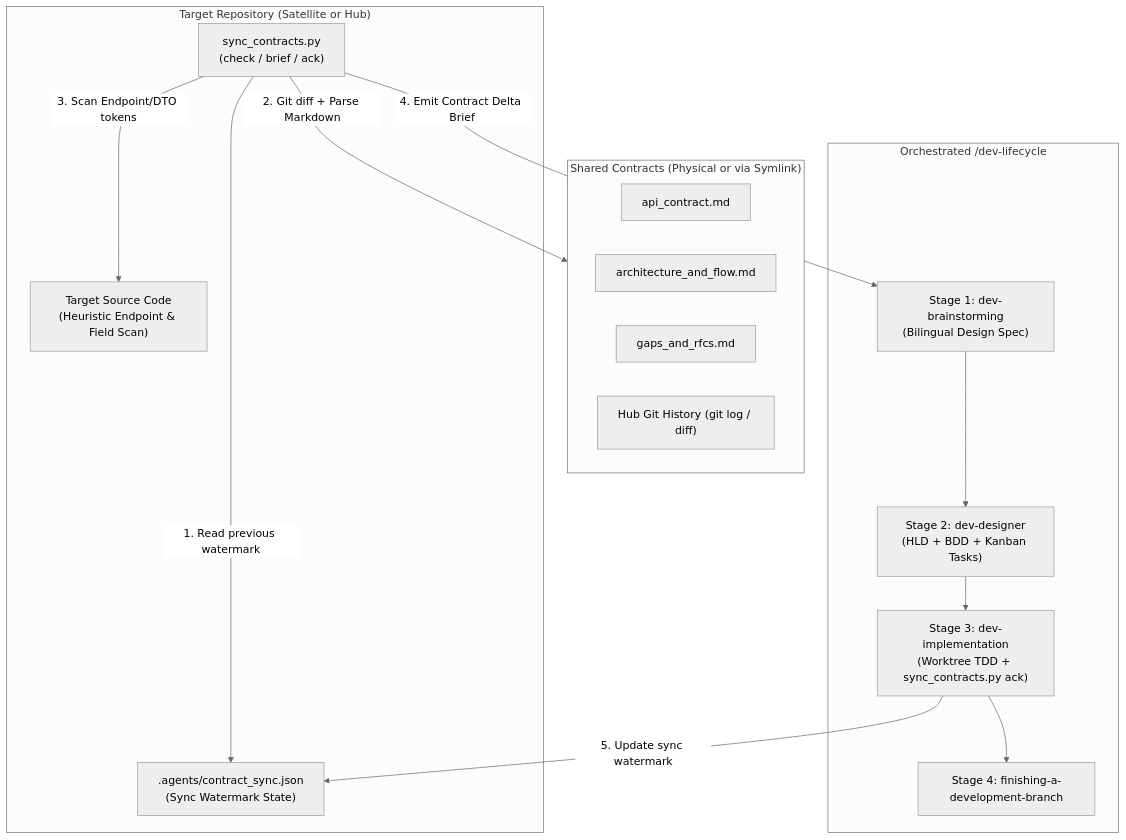
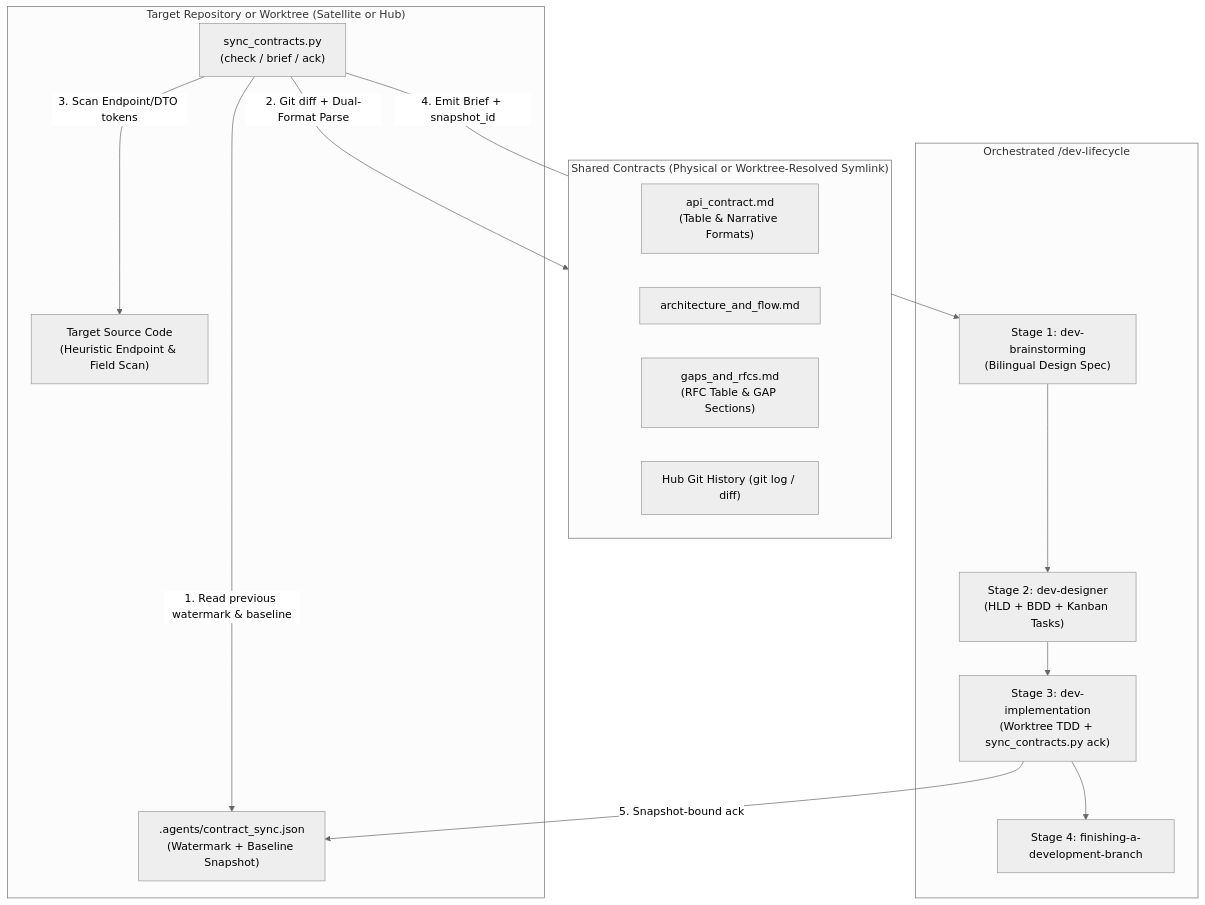
One commit to DanhDue/ai-agent-tools changed the diagram in .devtool/epic/sync_shared_contracts/2026-10-30-sync-shared-contracts-design.en.md. Above: the diagram before and after it, drawn with Mermaid (neutral theme). The commit also changed other lines of this file and 13 other files, not shown here.

First line of the commit message:
[SYNC_SHARED_CONTRACTS] Revise epic after Principal Review round 1

````diff
--- a/.devtool/epic/sync_shared_contracts/2026-10-30-sync-shared-contracts-design.en.md
+++ b/.devtool/epic/sync_shared_contracts/2026-10-30-sync-shared-contracts-design.en.md
@@ -62,29 +63,29 @@
 ```mermaid
 flowchart TD
-    subgraph TARGET ["Target Repository (Satellite or Hub)"]
+    subgraph TARGET ["Target Repository or Worktree (Satellite or Hub)"]
         CLI["sync_contracts.py<br/>(check / brief / ack)"]
-        STATE[".agents/contract_sync.json<br/>(Sync Watermark State)"]
-        SRC["Target Source Code<br/>(Heuristic Endpoint & Field Scan)"]
+        STATE[".agents/contract_sync.json<br/>(Watermark + Baseline Snapshot)"]
+        SCAN["Target Source Code<br/>(Heuristic Endpoint & Field Scan)"]
     end
 
-    subgraph CONTRACT ["Shared Contracts (Physical or via Symlink)"]
-        API["api_contract.md"]
+    subgraph CONTRACT ["Shared Contracts (Physical or Worktree-Resolved Symlink)"]
+        API["api_contract.md<br/>(Table & Narrative Formats)"]
         ARCH["architecture_and_flow.md"]
-        RFC["gaps_and_rfcs.md"]
+        RFC["gaps_and_rfcs.md<br/>(RFC Table & GAP Sections)"]
         GIT["Hub Git History (git log / diff)"]
     end
 
     subgraph LIFECYCLE ["Orchestrated /dev-lifecycle"]
         S1["Stage 1: dev-brainstorming<br/>(Bilingual Design Spec)"]
         S2["Stage 2: dev-designer<br/>(HLD + BDD + Kanban Tasks)"]
         S3["Stage 3: dev-implementation<br/>(Worktree TDD + sync_contracts.py ack)"]
         S4["Stage 4: finishing-a-development-branch"]
     end
 
-    CLI -->|"1. Read previous watermark"| STATE
-    CLI -->|"2. Git diff + Parse Markdown"| CONTRACT
-    CLI -->|"3. Scan Endpoint/DTO tokens"| SRC
-    CLI -->|"4. Emit Contract Delta Brief"| S1
+    CLI -->|"1. Read previous watermark & baseline"| STATE
+    CLI -->|"2. Git diff + Dual-Format Parse"| CONTRACT
+    CLI -->|"3. Scan Endpoint/DTO tokens"| SCAN
+    CLI -->|"4. Emit Brief + snapshot_id"| S1
     S1 --> S2 --> S3 --> S4
-    S3 -->|"5. Update sync watermark"| STATE
+    S3 -->|"5. Snapshot-bound ack"| STATE
 ```
````
